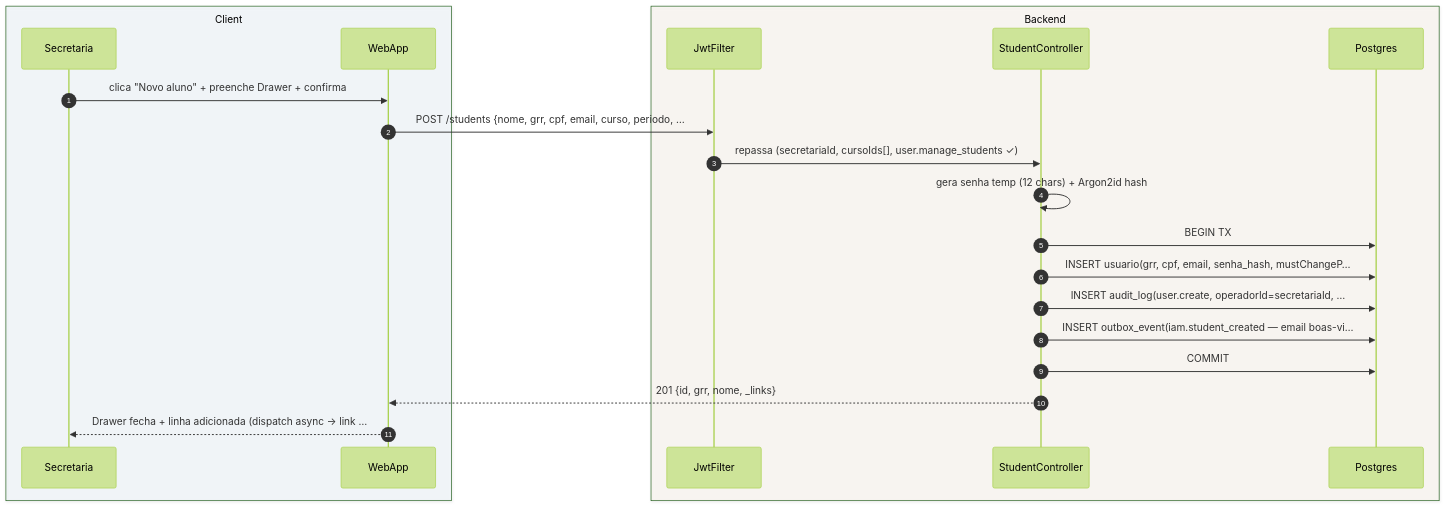
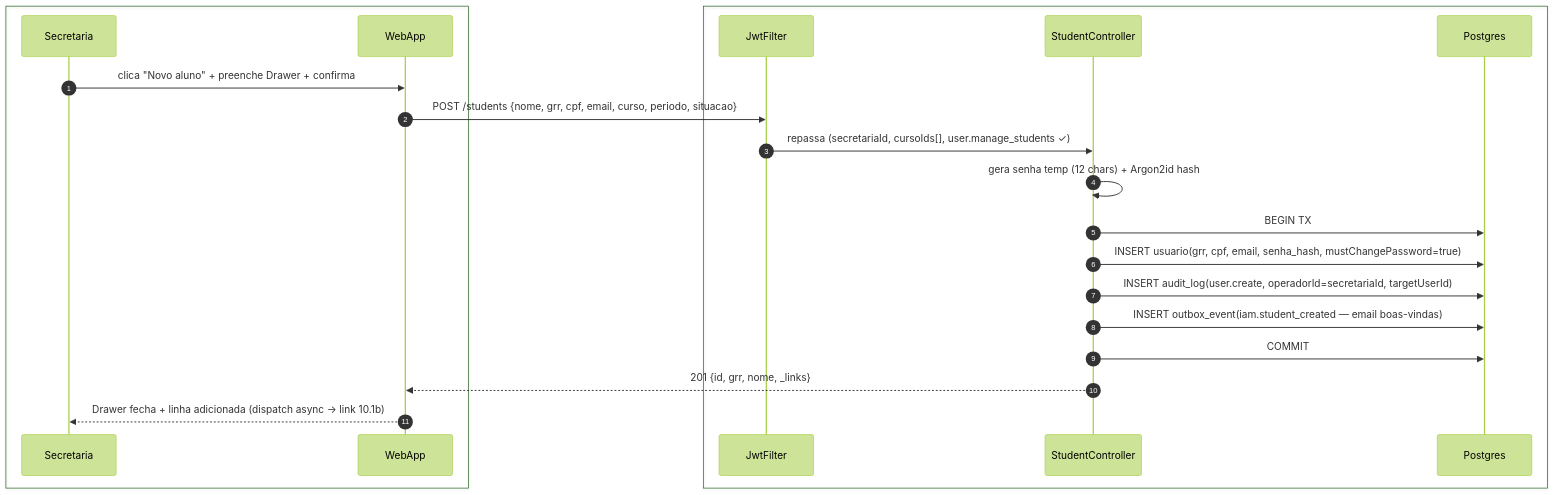
Before and after one commit to umishell/secretariaOnline2: the second of 8 diagrams in foundationDocs/sequenceDiagrams/F5 — Secretaria/US-F5-003-GESTAO-ALUNOS.md, drawn with Mermaid (forest theme). The commit also changed other lines of this file and 70 other files, not shown here.

First line of the commit message:
Enhance database documentation and introduce new schema files

````diff
--- a/foundationDocs/sequenceDiagrams/F5 — Secretaria/US-F5-003-GESTAO-ALUNOS.md
+++ b/foundationDocs/sequenceDiagrams/F5 — Secretaria/US-F5-003-GESTAO-ALUNOS.md
@@ -95,25 +95,25 @@
 ```mermaid
 sequenceDiagram
     autonumber
-    box rgba(230,245,255,0.3) Client
+    box #e8f4fc Cliente
         participant Secretaria
         participant WebApp
     end
-    box rgba(255,245,230,0.3) Backend
+    box #fff8ee Servidor
         participant JwtFilter
         participant StudentController
         participant Postgres
     end
 
     Secretaria->>WebApp: clica "Novo aluno" + preenche Drawer + confirma
-    WebApp->>JwtFilter: POST /students {nome, grr, cpf, email, curso, periodo, …
+    WebApp->>JwtFilter: POST /students {nome, grr, cpf, email, curso, periodo, situacao}
     JwtFilter->>StudentController: repassa (secretariaId, cursoIds[], user.manage_students ✓)
     StudentController->>StudentController: gera senha temp (12 chars) + Argon2id hash
     StudentController->>Postgres: BEGIN TX
-    StudentController->>Postgres: INSERT usuario(grr, cpf, email, senha_hash, mustChangeP…
-    StudentController->>Postgres: INSERT audit_log(user.create, operadorId=secretariaId, …
-    StudentController->>Postgres: INSERT outbox_event(iam.student_created — email boas-vi…
+    StudentController->>Postgres: INSERT usuario(grr, cpf, email, senha_hash, mustChangePassword=true)
+    StudentController->>Postgres: INSERT audit_log(user.create, operadorId=secretariaId, targetUserId)
+    StudentController->>Postgres: INSERT outbox_event(iam.student_created — email boas-vindas)
     StudentController->>Postgres: COMMIT
     StudentController-->>WebApp: 201 {id, grr, nome, _links}
-    WebApp-->>Secretaria: Drawer fecha + linha adicionada (dispatch async → link …
+    WebApp-->>Secretaria: Drawer fecha + linha adicionada (dispatch async → link 10.1b)
 ```
````
